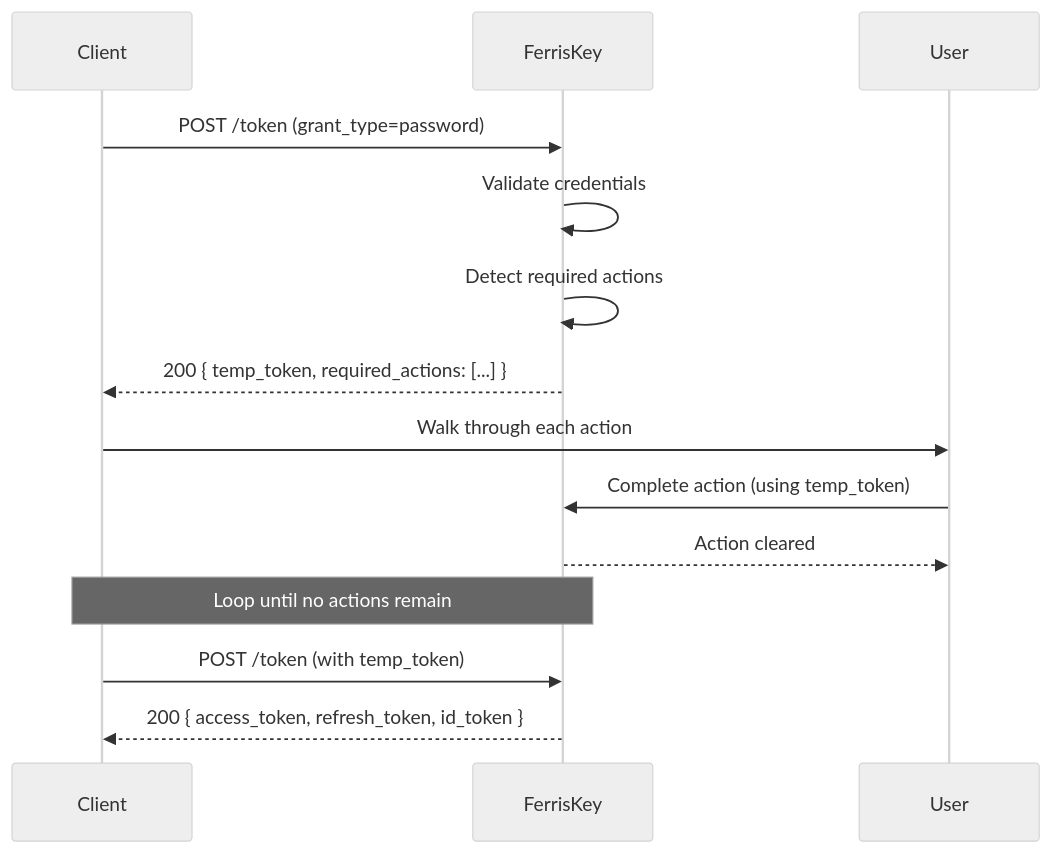
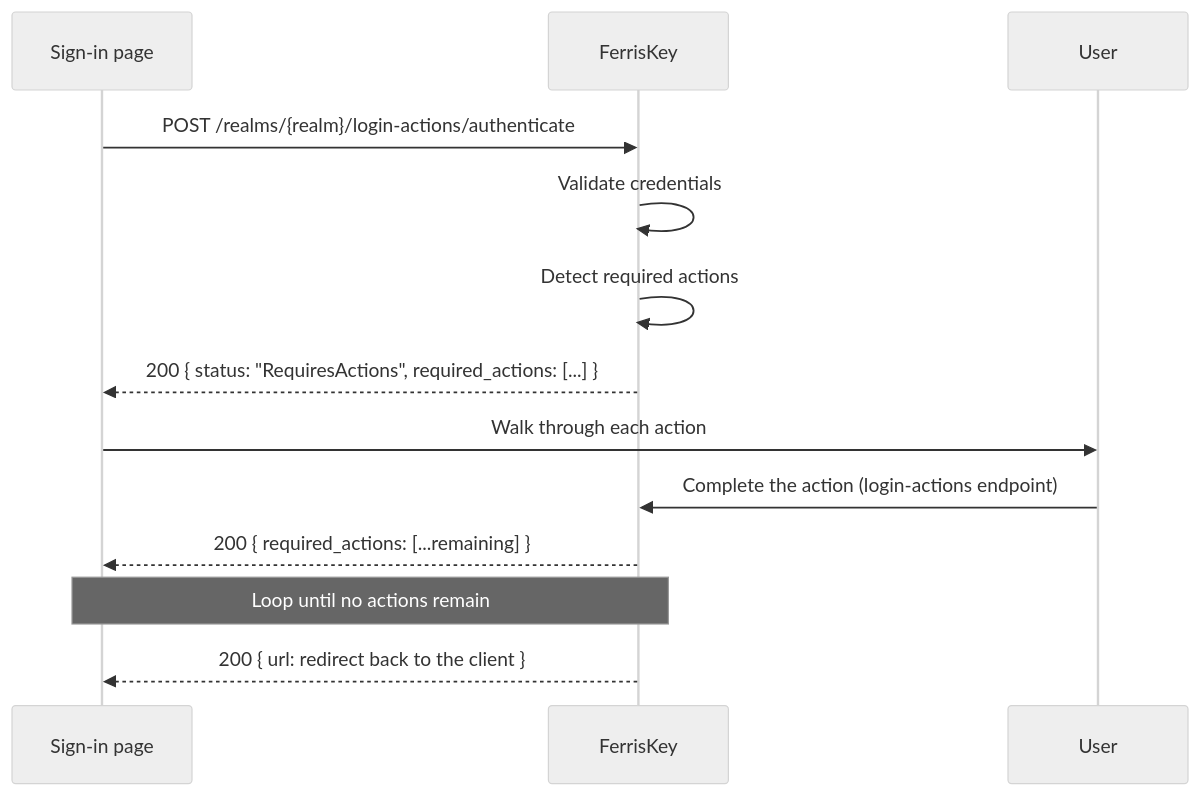
One commit to ferriskey/website changed the third of 3 diagrams in apps/docs/src/content/docs/discover/default/en/core-concepts/users.mdx. Above: the diagram before and after it, drawn with Mermaid (neutral theme). The commit also changed other lines of this file and 152 other files, not shown here.

````diff
--- a/apps/docs/src/content/docs/discover/default/en/core-concepts/users.mdx
+++ b/apps/docs/src/content/docs/discover/default/en/core-concepts/users.mdx
@@ -102,17 +130,16 @@
 ```mermaid
 sequenceDiagram
-    participant C as Client
+    participant P as Sign-in page
     participant FK as FerrisKey
     participant U as User
 
-    C->>FK: POST /token (grant_type=password)
+    P->>FK: POST /realms/{realm}/login-actions/authenticate
     FK->>FK: Validate credentials
     FK->>FK: Detect required actions
-    FK-->>C: 200 { temp_token, required_actions: [...] }
-    C->>U: Walk through each action
-    U->>FK: Complete action (using temp_token)
-    FK-->>U: Action cleared
-    Note over C,FK: Loop until no actions remain
-    C->>FK: POST /token (with temp_token)
-    FK-->>C: 200 { access_token, refresh_token, id_token }
+    FK-->>P: 200 { status: "RequiresActions", required_actions: [...] }
+    P->>U: Walk through each action
+    U->>FK: Complete the action (login-actions endpoint)
+    FK-->>P: 200 { required_actions: [...remaining] }
+    Note over P,FK: Loop until no actions remain
+    FK-->>P: 200 { url: redirect back to the client }
 ```
````
